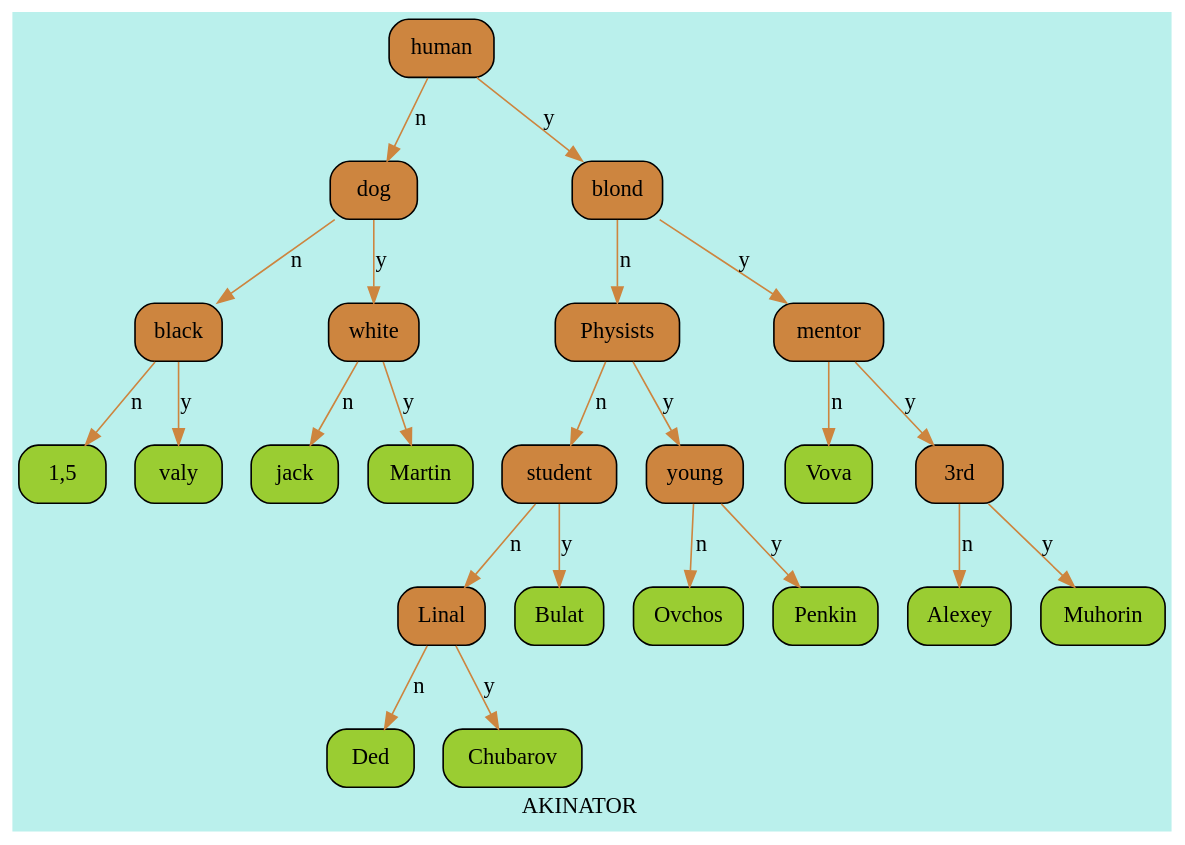
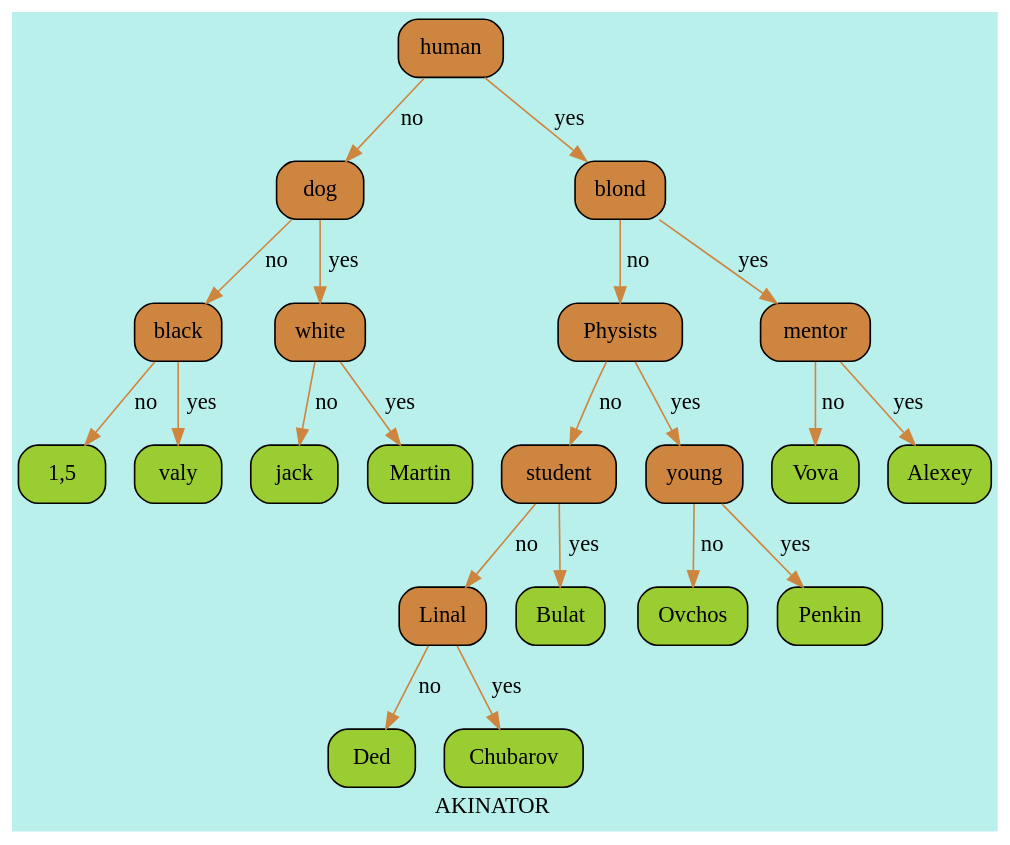
The diagram in graphviz/graph.dot (Vladimir1t/Akinator), drawn with Graphviz before and after one commit. The commit also changed 7 other files, not shown here.

```diff
--- a/graphviz/graph.dot
+++ b/graphviz/graph.dot
@@ -1,51 +1,47 @@
 digraph AKINATOR{
 label = < AKINATOR >;
 bgcolor = "#BAF0EC";
 node [shape = record ];
 edge [style = filled ];
  0 [shape = Mrecord, style = filled, fillcolor = Peru, label = "human" ];
  1 [shape = Mrecord, style = filled, fillcolor = Peru, label = "dog" ];
  2 [shape = Mrecord, style = filled, fillcolor = Peru, label = "black" ];
  3 [shape = Mrecord, style = filled, fillcolor = YellowGreen, label = "1,5" ];
  4 [shape = Mrecord, style = filled, fillcolor = YellowGreen, label = "valy" ];
  5 [shape = Mrecord, style = filled, fillcolor = Peru, label = "white" ];
  6 [shape = Mrecord, style = filled, fillcolor = YellowGreen, label = "jack" ];
  7 [shape = Mrecord, style = filled, fillcolor = YellowGreen, label = "Martin" ];
  8 [shape = Mrecord, style = filled, fillcolor = Peru, label = "blond" ];
  9 [shape = Mrecord, style = filled, fillcolor = Peru, label = "Physists" ];
  10 [shape = Mrecord, style = filled, fillcolor = Peru, label = "student" ];
  11 [shape = Mrecord, style = filled, fillcolor = Peru, label = "Linal" ];
  12 [shape = Mrecord, style = filled, fillcolor = YellowGreen, label = "Ded" ];
  13 [shape = Mrecord, style = filled, fillcolor = YellowGreen, label = "Chubarov" ];
  14 [shape = Mrecord, style = filled, fillcolor = YellowGreen, label = "Bulat" ];
  15 [shape = Mrecord, style = filled, fillcolor = Peru, label = "young" ];
  16 [shape = Mrecord, style = filled, fillcolor = YellowGreen, label = "Ovchos" ];
  17 [shape = Mrecord, style = filled, fillcolor = YellowGreen, label = "Penkin" ];
  18 [shape = Mrecord, style = filled, fillcolor = Peru, label = "mentor" ];
  19 [shape = Mrecord, style = filled, fillcolor = YellowGreen, label = "Vova" ];
- 20 [shape = Mrecord, style = filled, fillcolor = Peru, label = "3rd" ];
- 21 [shape = Mrecord, style = filled, fillcolor = YellowGreen, label = "Alexey" ];
- 22 [shape = Mrecord, style = filled, fillcolor = YellowGreen, label = "Muhorin" ];
-0 -> 1[label = n] [ color = Peru ];
-1 -> 2[label = n] [ color = Peru ];
-2 -> 3[label = n] [ color = Peru ];
-2 -> 4[label = y] [ color = Peru ];
-1 -> 5[label = y] [ color = Peru ];
-5 -> 6[label = n] [ color = Peru ];
-5 -> 7[label = y] [ color = Peru ];
-0 -> 8[label = y] [ color = Peru ];
-8 -> 9[label = n] [ color = Peru ];
-9 -> 10[label = n] [ color = Peru ];
-10 -> 11[label = n] [ color = Peru ];
-11 -> 12[label = n] [ color = Peru ];
-11 -> 13[label = y] [ color = Peru ];
-10 -> 14[label = y] [ color = Peru ];
-9 -> 15[label = y] [ color = Peru ];
-15 -> 16[label = n] [ color = Peru ];
-15 -> 17[label = y] [ color = Peru ];
-8 -> 18[label = y] [ color = Peru ];
-18 -> 19[label = n] [ color = Peru ];
-18 -> 20[label = y] [ color = Peru ];
-20 -> 21[label = n] [ color = Peru ];
-20 -> 22[label = y] [ color = Peru ];
+ 20 [shape = Mrecord, style = filled, fillcolor = YellowGreen, label = "Alexey" ];
+0 -> 1[label = " no"] [ color = Peru ];
+1 -> 2[label = " no"] [ color = Peru ];
+2 -> 3[label = " no"] [ color = Peru ];
+2 -> 4[label = " yes"] [ color = Peru ];
+1 -> 5[label = " yes"] [ color = Peru ];
+5 -> 6[label = " no"] [ color = Peru ];
+5 -> 7[label = " yes"] [ color = Peru ];
+0 -> 8[label = " yes"] [ color = Peru ];
+8 -> 9[label = " no"] [ color = Peru ];
+9 -> 10[label = " no"] [ color = Peru ];
+10 -> 11[label = " no"] [ color = Peru ];
+11 -> 12[label = " no"] [ color = Peru ];
+11 -> 13[label = " yes"] [ color = Peru ];
+10 -> 14[label = " yes"] [ color = Peru ];
+9 -> 15[label = " yes"] [ color = Peru ];
+15 -> 16[label = " no"] [ color = Peru ];
+15 -> 17[label = " yes"] [ color = Peru ];
+8 -> 18[label = " yes"] [ color = Peru ];
+18 -> 19[label = " no"] [ color = Peru ];
+18 -> 20[label = " yes"] [ color = Peru ];
 }
```
